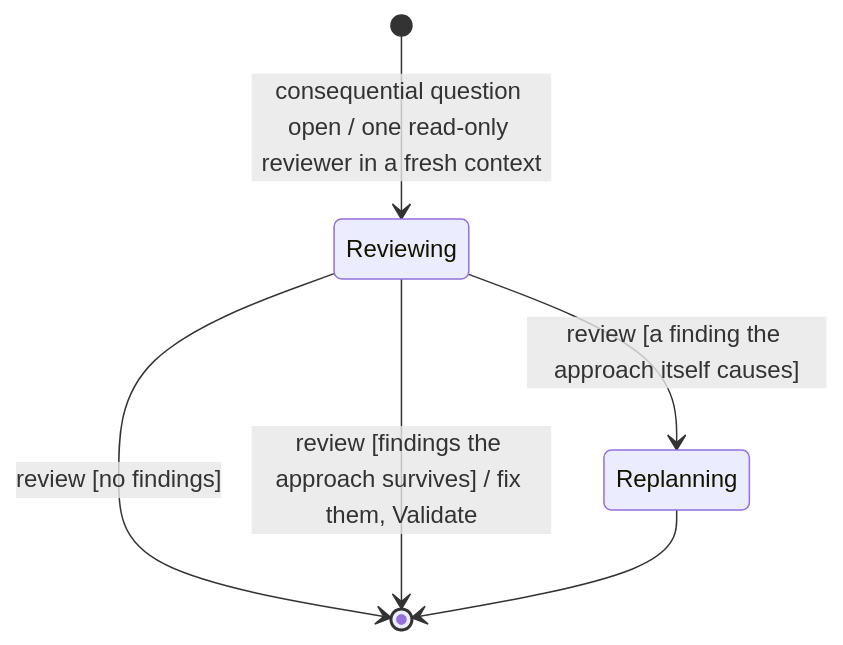
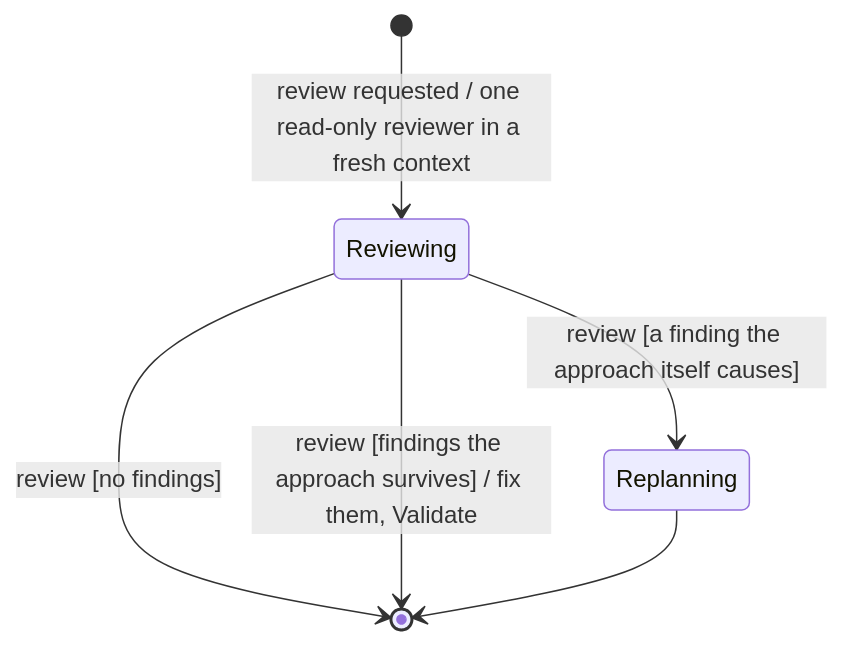
Before and after one commit to MP281X/deslop: the second of 2 diagrams in .claude/skills/verification/SKILL.md, drawn with Mermaid. The commit also changed other lines of this file and 8 other files, not shown here.

````diff
--- a/.claude/skills/verification/SKILL.md
+++ b/.claude/skills/verification/SKILL.md
@@ -39,8 +39,8 @@
 ```mermaid
 stateDiagram-v2
-    [*] --> Reviewing : consequential question open / one read-only reviewer in a fresh context
+    [*] --> Reviewing : review requested / one read-only reviewer in a fresh context
     Reviewing --> [*] : review [no findings]
     Reviewing --> [*] : review [findings the approach survives] / fix them, Validate
     Reviewing --> Replanning : review [a finding the approach itself causes]
     Replanning --> [*]
 ```
````
